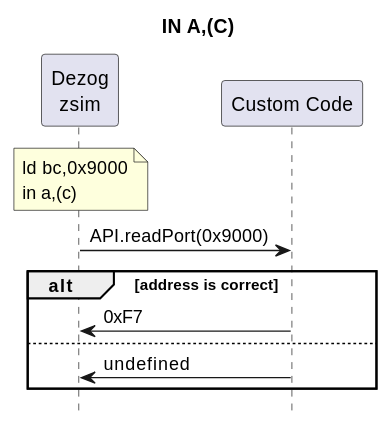
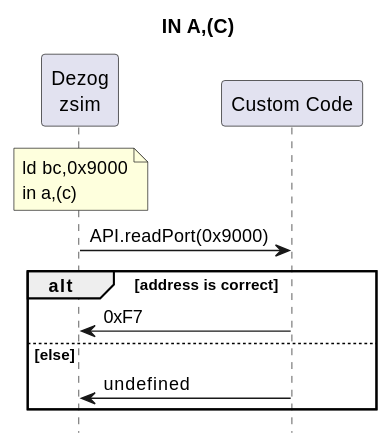
The second of 8 diagrams in documentation/zsimPeripherals.md (maziac/DeZog), drawn with PlantUML before and after one commit. The commit also changed other lines of this file and 12 other files, not shown here.

```diff
--- a/documentation/zsimPeripherals.md
+++ b/documentation/zsimPeripherals.md
@@ -135,15 +135,15 @@
 ~~~puml
 hide footbox
 title IN A,(C)
 participant zsim as "Dezog\nzsim"
 participant custom as "Custom Code"
 
 note over zsim: ld bc,0x9000\nin a,(c)
 zsim -> custom: API.readPort(0x9000)
 
 alt address is correct
-zsim <- custom: 0xF7
-else
-zsim <- custom: undefined
+	zsim <- custom: 0xF7
+else else
+	zsim <- custom: undefined
 end
 ~~~
```
